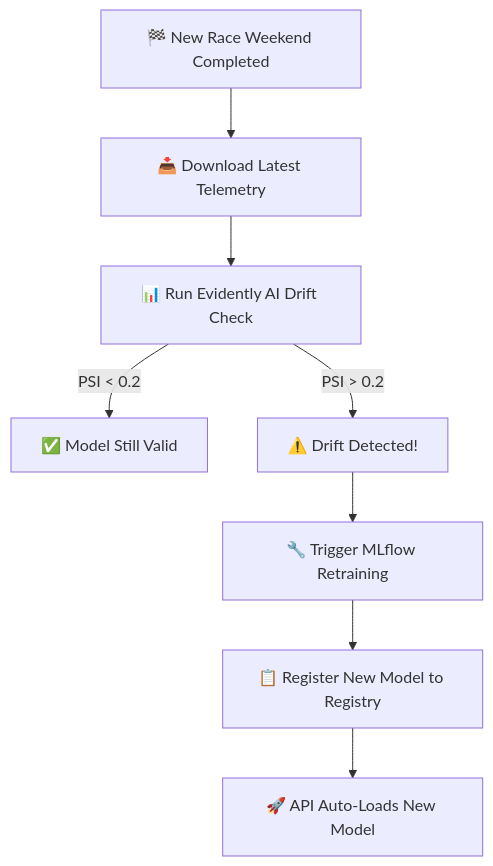
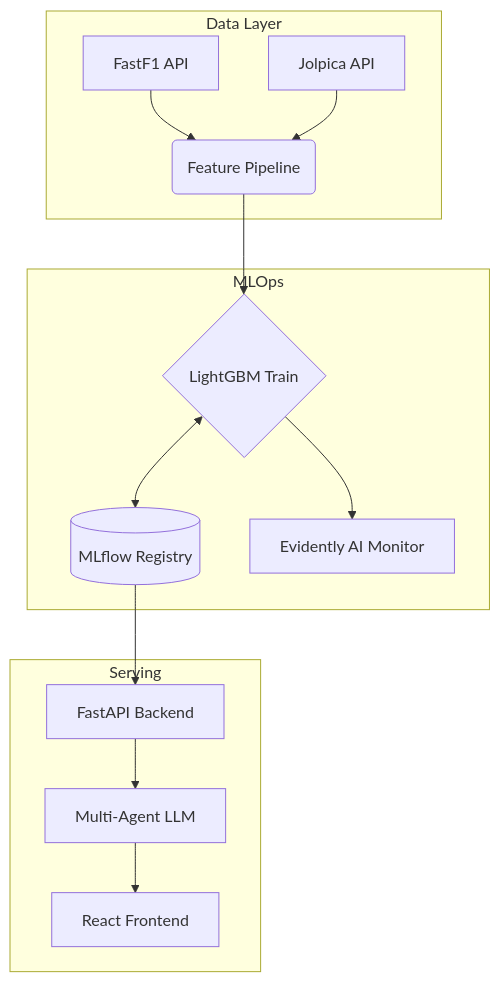
Before and after one commit to prats010/kronector: the diagram in README.md, drawn with Mermaid. The commit also changed other lines of this file and 2 other files, not shown here.

````diff
--- a/README.md
+++ b/README.md
@@ -360,10 +87,19 @@
 ```mermaid
 graph TD
-    A["🏁 New Race Weekend Completed"] --> B["📥 Download Latest Telemetry"]
-    B --> C["📊 Run Evidently AI Drift Check"]
-    C -->|"PSI < 0.2"| D["✅ Model Still Valid"]
-    C -->|"PSI > 0.2"| E["⚠️ Drift Detected!"]
-    E --> F["🔧 Trigger MLflow Retraining"]
-    F --> G["📋 Register New Model to Registry"]
-    G --> H["🚀 API Auto-Loads New Model"]
+    subgraph Data Layer
+        A[FastF1 API] --> C(Feature Pipeline)
+        B[Jolpica API] --> C
+    end
+    
+    subgraph MLOps
+        C --> D{LightGBM Train}
+        D <--> E[(MLflow Registry)]
+        D --> F[Evidently AI Monitor]
+    end
+    
+    subgraph Serving
+        E --> G[FastAPI Backend]
+        G --> H[Multi-Agent LLM]
+        H --> I[React Frontend]
+    end
 ```
````
